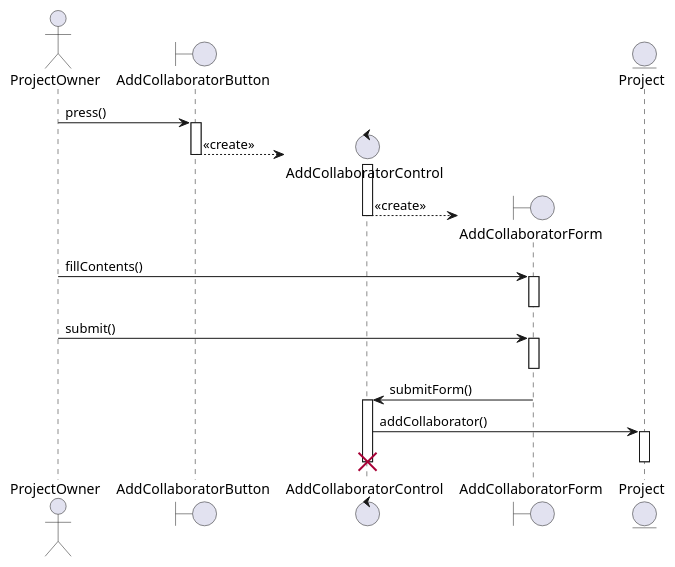
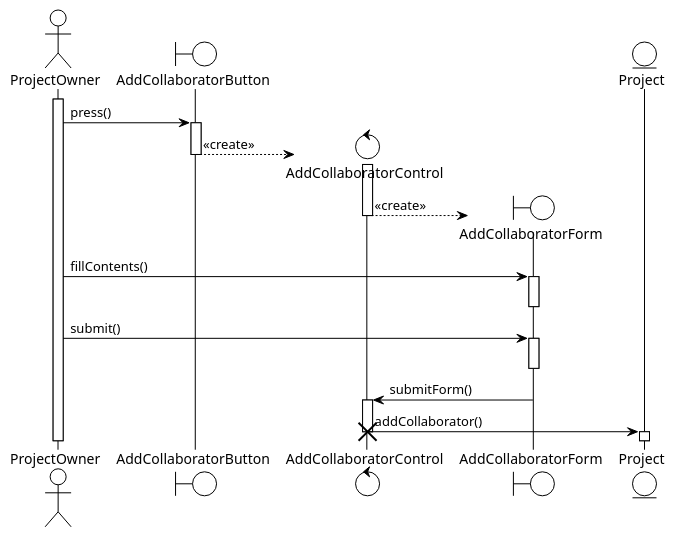
The diagram in Use case sequence diagrams/AddCollaboratorToProject.puml (BlueMango10/Project-uml), drawn with PlantUML before and after one commit. The commit also changed 2 other files, not shown here.

Commit message:
Changed theme and made ProjectOwner alive

```diff
--- a/Use case sequence diagrams/AddCollaboratorToProject.puml
+++ b/Use case sequence diagrams/AddCollaboratorToProject.puml
@@ -1,37 +1,39 @@
 @startuml DeleteProject
+!theme plain
 actor ProjectOwner as po
 boundary AddCollaboratorButton as acb
 control AddCollaboratorControl as acc
 boundary AddCollaboratorForm as acf
 entity Project as p
+
+activate po
 
 po -> acb : press()
 activate acb
 
 create acc
 acb --> acc : <<create>>
 deactivate acb
 activate acc
 
 create acf
 acc --> acf : <<create>>
 deactivate acc
 
 po -> acf : fillContents()
 activate acf
 deactivate acf
 
 po -> acf : submit()
 activate acf
 deactivate acf
 
 acf -> acc : submitForm()
 activate acc
 
 acc -> p : addCollaborator()
+deactivate acc
+destroy acc
 activate p
 deactivate p
-
-deactivate acc
-destroy acc
 @enduml
```
